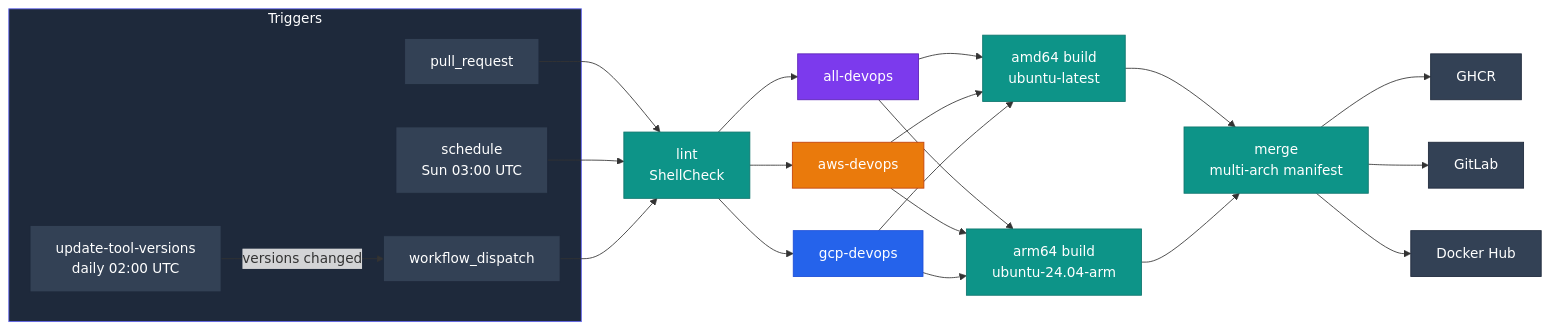
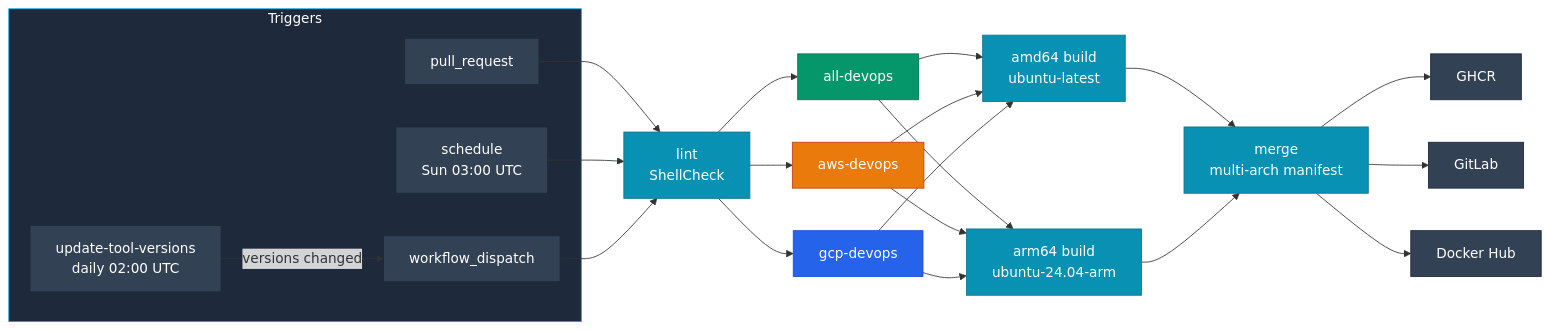
Before and after one commit to jinalshah/devops-images: the second of 2 diagrams in docs/architecture/cloud-layers.md, drawn with Mermaid. The commit also changed other lines of this file and 29 other files, not shown here.

````diff
--- a/docs/architecture/cloud-layers.md
+++ b/docs/architecture/cloud-layers.md
@@ -97,32 +97,32 @@
 ```mermaid
 flowchart LR
   subgraph Triggers
     PR["pull_request"]
     S["schedule<br/>Sun 03:00 UTC"]
     M["workflow_dispatch"]
     U["update-tool-versions<br/>daily 02:00 UTC"]
   end
   U -- "versions changed" --> M
   PR & S & M --> L["lint<br/>ShellCheck"]
   L --> JA["all-devops"]
   L --> JW["aws-devops"]
   L --> JG["gcp-devops"]
   JA & JW & JG --> BA["amd64 build<br/>ubuntu-latest"]
   JA & JW & JG --> BR["arm64 build<br/>ubuntu-24.04-arm"]
   BA & BR --> MF["merge<br/>multi-arch manifest"]
   MF --> GH["GHCR"]
   MF --> GL["GitLab"]
   MF --> DH["Docker Hub"]
 
   classDef neutral fill:#334155,stroke:#1e293b,color:#fff
-  classDef base fill:#0d9488,stroke:#0f766e,color:#fff
-  classDef all fill:#7c3aed,stroke:#5b21b6,color:#fff
+  classDef base fill:#0891b2,stroke:#0e7490,color:#fff
+  classDef all fill:#059669,stroke:#047857,color:#fff
   classDef aws fill:#ea7a0c,stroke:#c2410c,color:#fff
   classDef gcp fill:#2563eb,stroke:#1d4ed8,color:#fff
   class PR,S,M,U,GH,GL,DH neutral
   class L,BA,BR,MF base
   class JA all
   class JW aws
   class JG gcp
-  style Triggers fill:#1e293b,stroke:#6366f1,color:#fff
+  style Triggers fill:#1e293b,stroke:#0ea5e9,color:#fff
 ```
````
